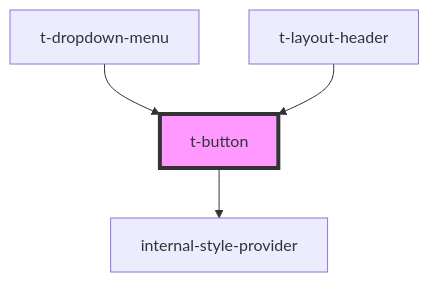
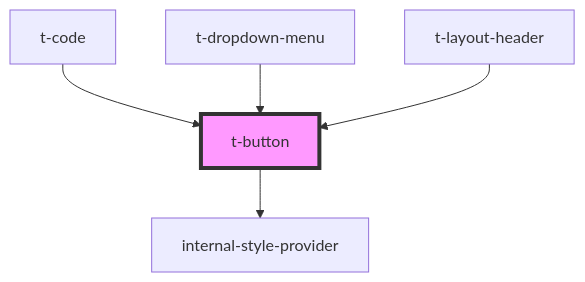
One commit to TomasEng/web-components changed the diagram in packages/t-web-components/src/components/t-button/readme.md. Above: the diagram before and after it, drawn with Mermaid. The commit also changed other lines of this file and 26 other files, not shown here.

````diff
--- a/packages/t-web-components/src/components/t-button/readme.md
+++ b/packages/t-web-components/src/components/t-button/readme.md
@@ -29,7 +30,8 @@
 ```mermaid
 graph TD;
   t-button --> internal-style-provider
+  t-code --> t-button
   t-dropdown-menu --> t-button
   t-layout-header --> t-button
   style t-button fill:#f9f,stroke:#333,stroke-width:4px
 ```
````
